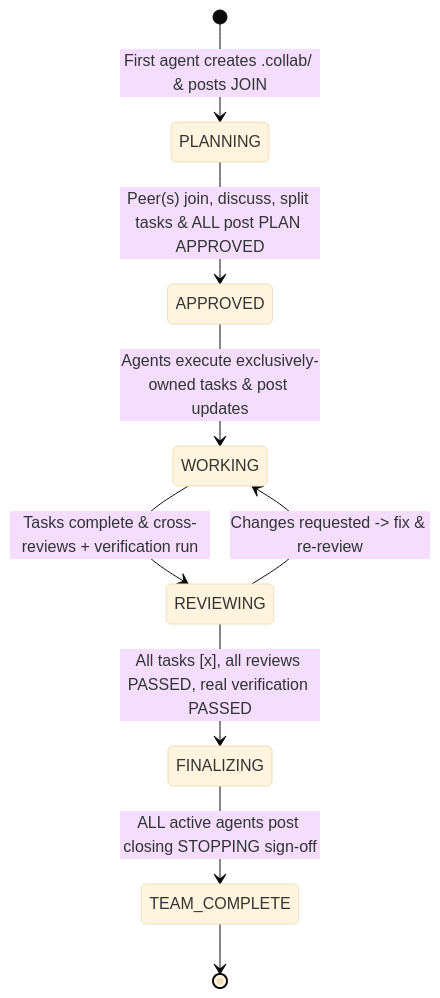
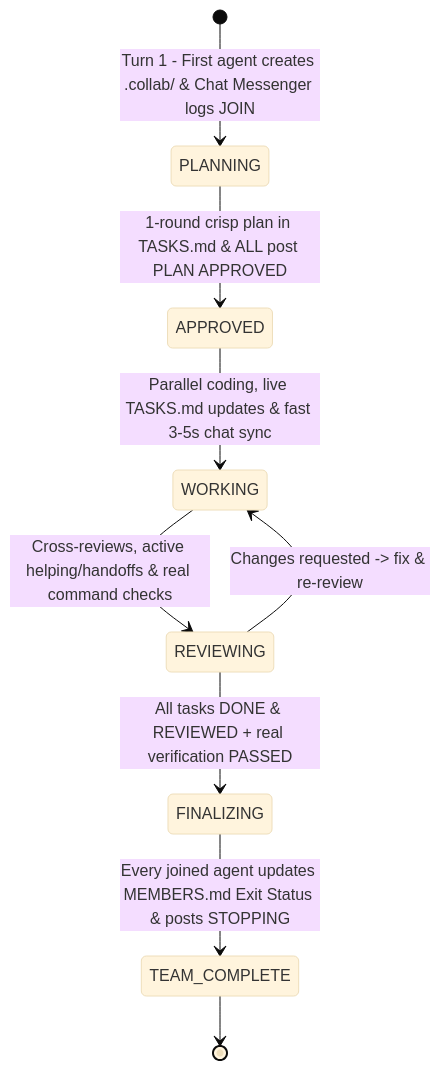
The diagram in docs/PROTOCOL.md (NishidhJasani1605/Collab-Skill), drawn with Mermaid (base theme) before and after one commit. The commit also changed other lines of this file and 13 other files, not shown here.

Commit message:
feat(v2.1.0): add instant .collab check, 5-column MEMBERS.md, live TASKS.md, write-enabled Chat Messenger & fast mode

````diff
--- a/docs/PROTOCOL.md
+++ b/docs/PROTOCOL.md
@@ -23,11 +25,11 @@
 ```mermaid
 stateDiagram-v2
-    [*] --> PLANNING: First agent creates .collab/ & posts JOIN
-    PLANNING --> APPROVED: Peer(s) join, discuss, split tasks & ALL post PLAN APPROVED
-    APPROVED --> WORKING: Agents execute exclusively-owned tasks & post updates
-    WORKING --> REVIEWING: Tasks complete & cross-reviews + verification run
+    [*] --> PLANNING: Turn 1 - First agent creates .collab/ & Chat Messenger logs JOIN
+    PLANNING --> APPROVED: 1-round crisp plan in TASKS.md & ALL post PLAN APPROVED
+    APPROVED --> WORKING: Parallel coding, live TASKS.md updates & fast 3-5s chat sync
+    WORKING --> REVIEWING: Cross-reviews, active helping/handoffs & real command checks
     REVIEWING --> WORKING: Changes requested -> fix & re-review
-    REVIEWING --> FINALIZING: All tasks [x], all reviews PASSED, real verification PASSED
-    FINALIZING --> TEAM_COMPLETE: ALL active agents post closing STOPPING sign-off
+    REVIEWING --> FINALIZING: All tasks DONE & REVIEWED + real verification PASSED
+    FINALIZING --> TEAM_COMPLETE: Every joined agent updates MEMBERS.md Exit Status & posts STOPPING
     TEAM_COMPLETE --> [*]
 ```
````
